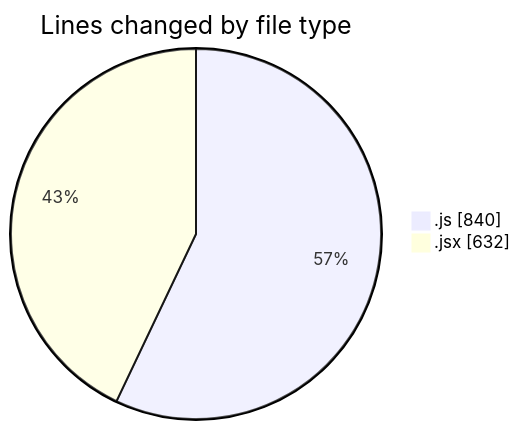
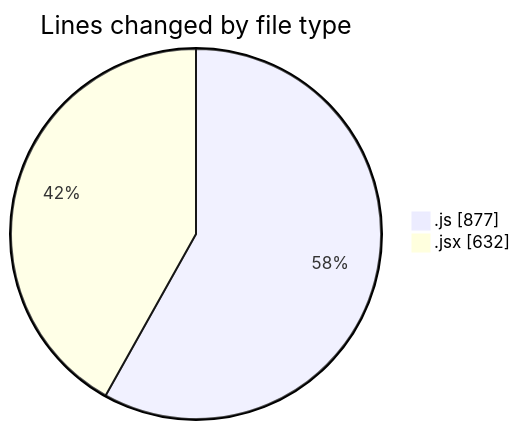
Before and after one commit to nxtqubesakshisongat/code-tracking: the first of 2 diagrams in 2026-01-15/nxtqube_webapp/README.md, drawn with Mermaid. The commit also changed other lines of this file and 1 other file, not shown here.

````diff
--- a/2026-01-15/nxtqube_webapp/README.md
+++ b/2026-01-15/nxtqube_webapp/README.md
@@ -22,6 +23,6 @@
 ```mermaid
 pie showData
 title Lines changed by file type
-".js" : 840
+".js" : 877
 ".jsx" : 632
 ```
````
